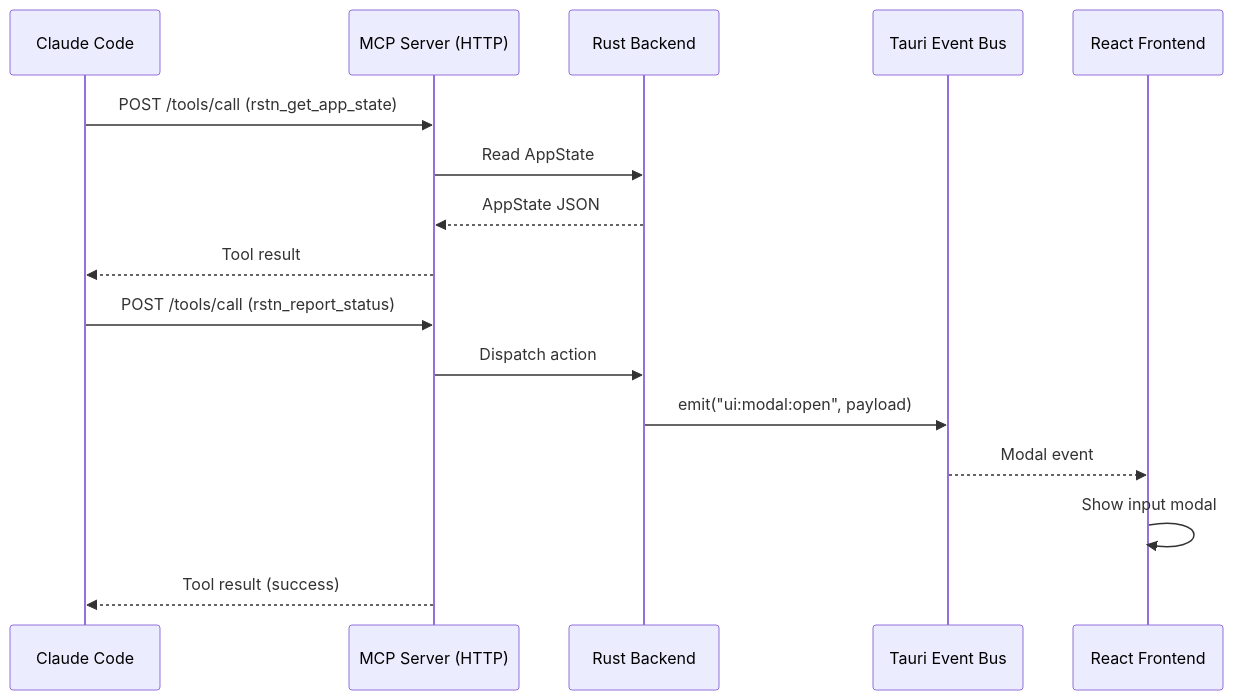
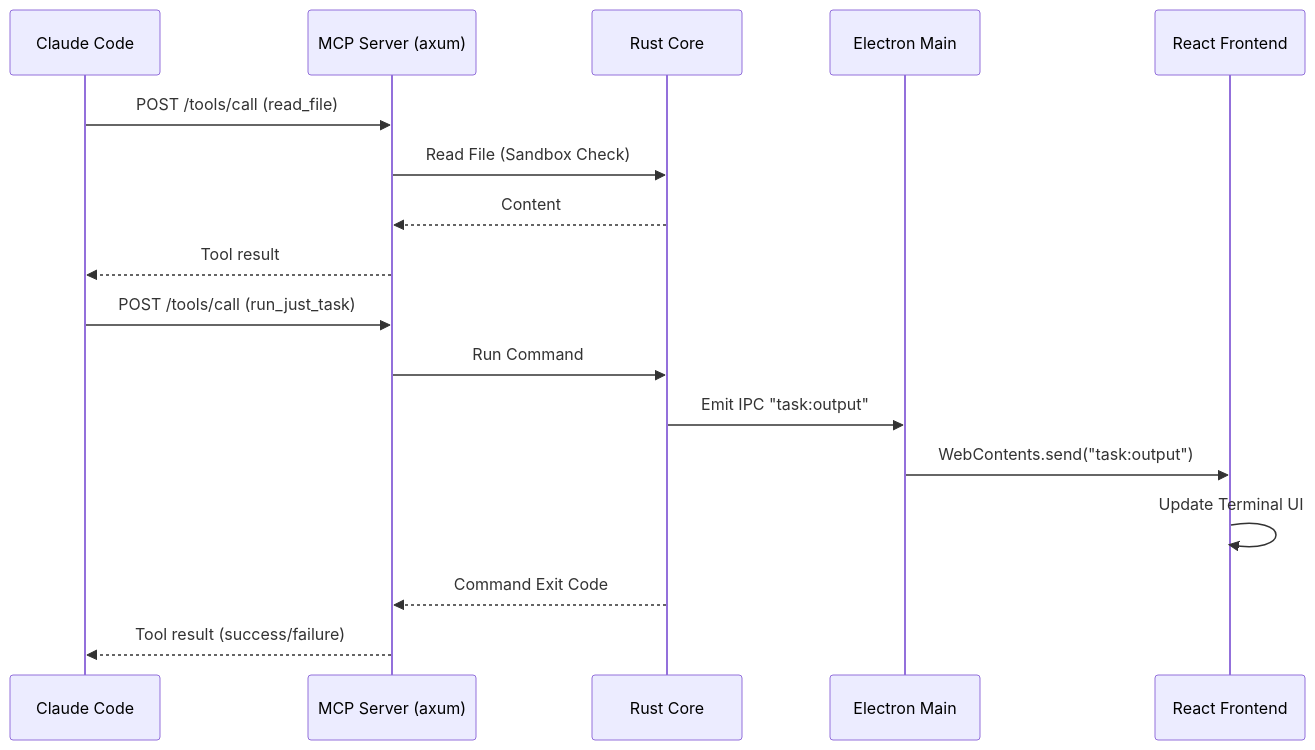
One commit to chrischeng-c4/rustation changed the first of 2 diagrams in kb/architecture/11-mcp-server.md. Above: the diagram before and after it, drawn with Mermaid. The commit also changed other lines of this file and 45 other files, not shown here.

````diff
--- a/kb/architecture/11-mcp-server.md
+++ b/kb/architecture/11-mcp-server.md
@@ -71,20 +70,21 @@
 ```mermaid
 sequenceDiagram
     participant Claude as Claude Code
-    participant MCP as MCP Server (HTTP)
-    participant Rust as Rust Backend
-    participant Event as Tauri Event Bus
+    participant MCP as MCP Server (axum)
+    participant Rust as Rust Core
+    participant Main as Electron Main
     participant React as React Frontend
 
-    Claude->>MCP: POST /tools/call (rstn_get_app_state)
-    MCP->>Rust: Read AppState
-    Rust-->>MCP: AppState JSON
+    Claude->>MCP: POST /tools/call (read_file)
+    MCP->>Rust: Read File (Sandbox Check)
+    Rust-->>MCP: Content
     MCP-->>Claude: Tool result
 
-    Claude->>MCP: POST /tools/call (rstn_report_status)
-    MCP->>Rust: Dispatch action
-    Rust->>Event: emit("ui:modal:open", payload)
-    Event-->>React: Modal event
-    React->>React: Show input modal
-    MCP-->>Claude: Tool result (success)
+    Claude->>MCP: POST /tools/call (run_just_task)
+    MCP->>Rust: Run Command
+    Rust->>Main: Emit IPC "task:output"
+    Main->>React: WebContents.send("task:output")
+    React->>React: Update Terminal UI
+    Rust-->>MCP: Command Exit Code
+    MCP-->>Claude: Tool result (success/failure)
 ```
````
